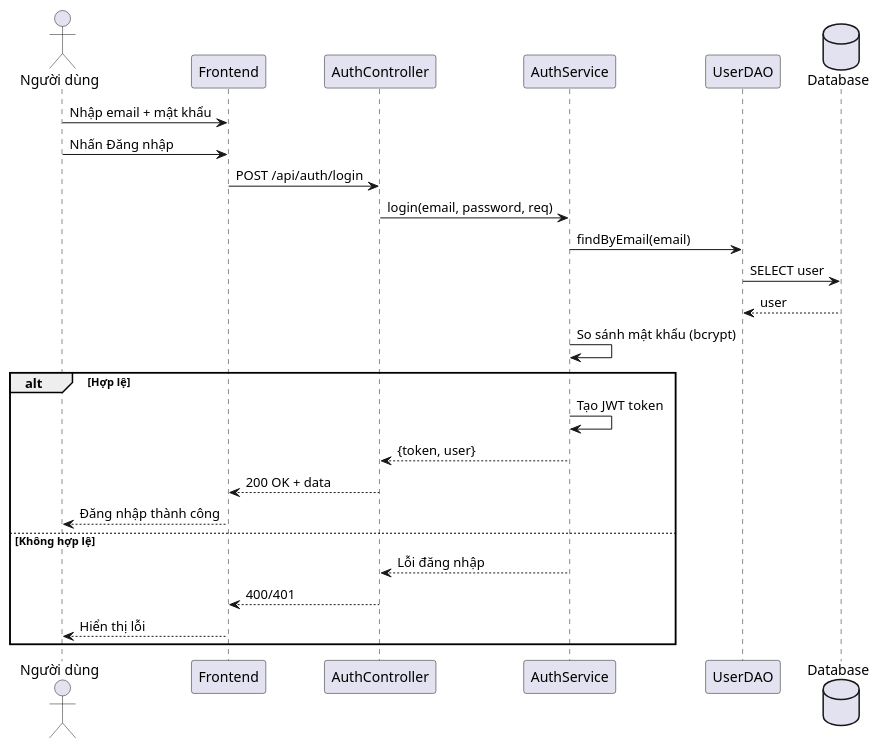
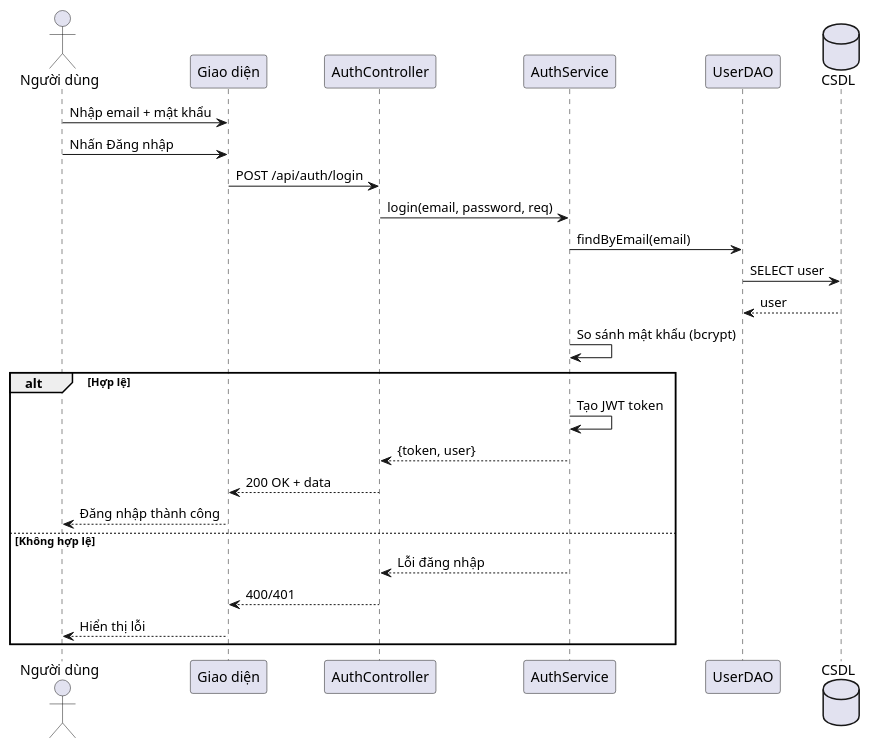
The diagram in diagrams/nhomxacthuc/auth_login_sequence.puml (s0nbuildtech287/dormitory-frontend), drawn with PlantUML before and after one commit. The commit also changed 39 other files, not shown here.

```diff
--- a/diagrams/nhomxacthuc/auth_login_sequence.puml
+++ b/diagrams/nhomxacthuc/auth_login_sequence.puml
@@ -1,28 +1,28 @@
-@startuml
+@startuml "Auth Login Sequence"
 ' Sequence Diagram: Login
 actor "Người dùng" as User
-participant "Frontend" as FE
+participant "Giao diện" as FE
 participant "AuthController" as AuthC
 participant "AuthService" as AuthS
 participant "UserDAO" as UserDAO
-database "Database" as DB
+database "CSDL" as DB
 
 User -> FE: Nhập email + mật khẩu
 User -> FE: Nhấn Đăng nhập
 FE -> AuthC: POST /api/auth/login
 AuthC -> AuthS: login(email, password, req)
 AuthS -> UserDAO: findByEmail(email)
 UserDAO -> DB: SELECT user
 DB --> UserDAO: user
 AuthS -> AuthS: So sánh mật khẩu (bcrypt)
 alt Hợp lệ
   AuthS -> AuthS: Tạo JWT token
   AuthS --> AuthC: {token, user}
   AuthC --> FE: 200 OK + data
   FE --> User: Đăng nhập thành công
 else Không hợp lệ
   AuthS --> AuthC: Lỗi đăng nhập
   AuthC --> FE: 400/401
   FE --> User: Hiển thị lỗi
 end
 @enduml
```
